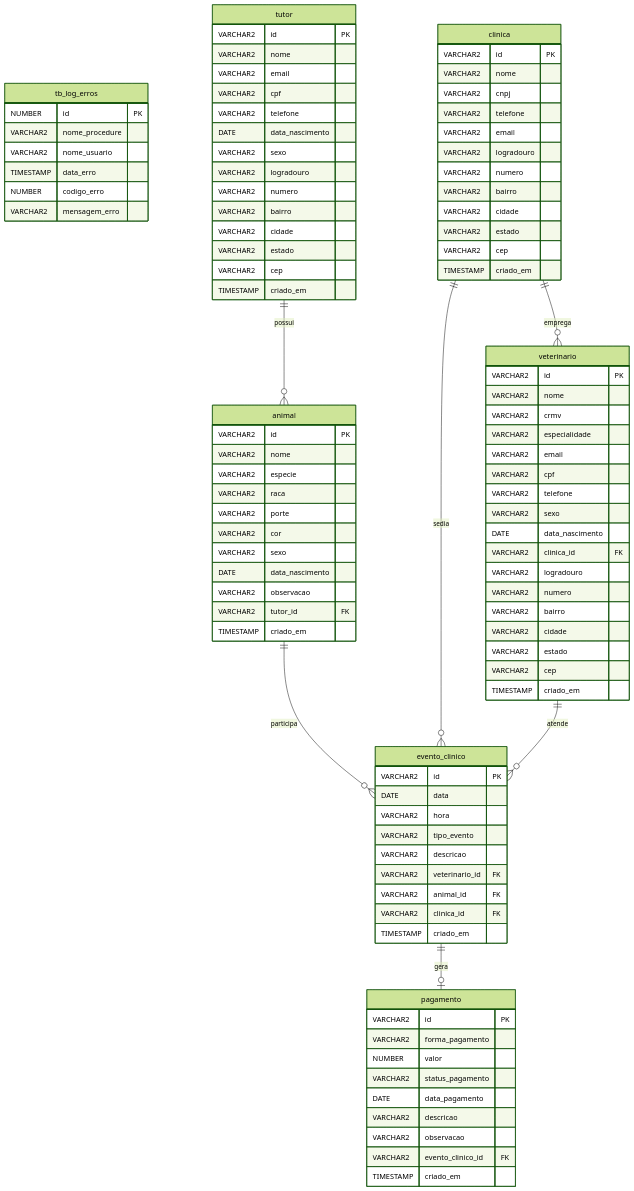
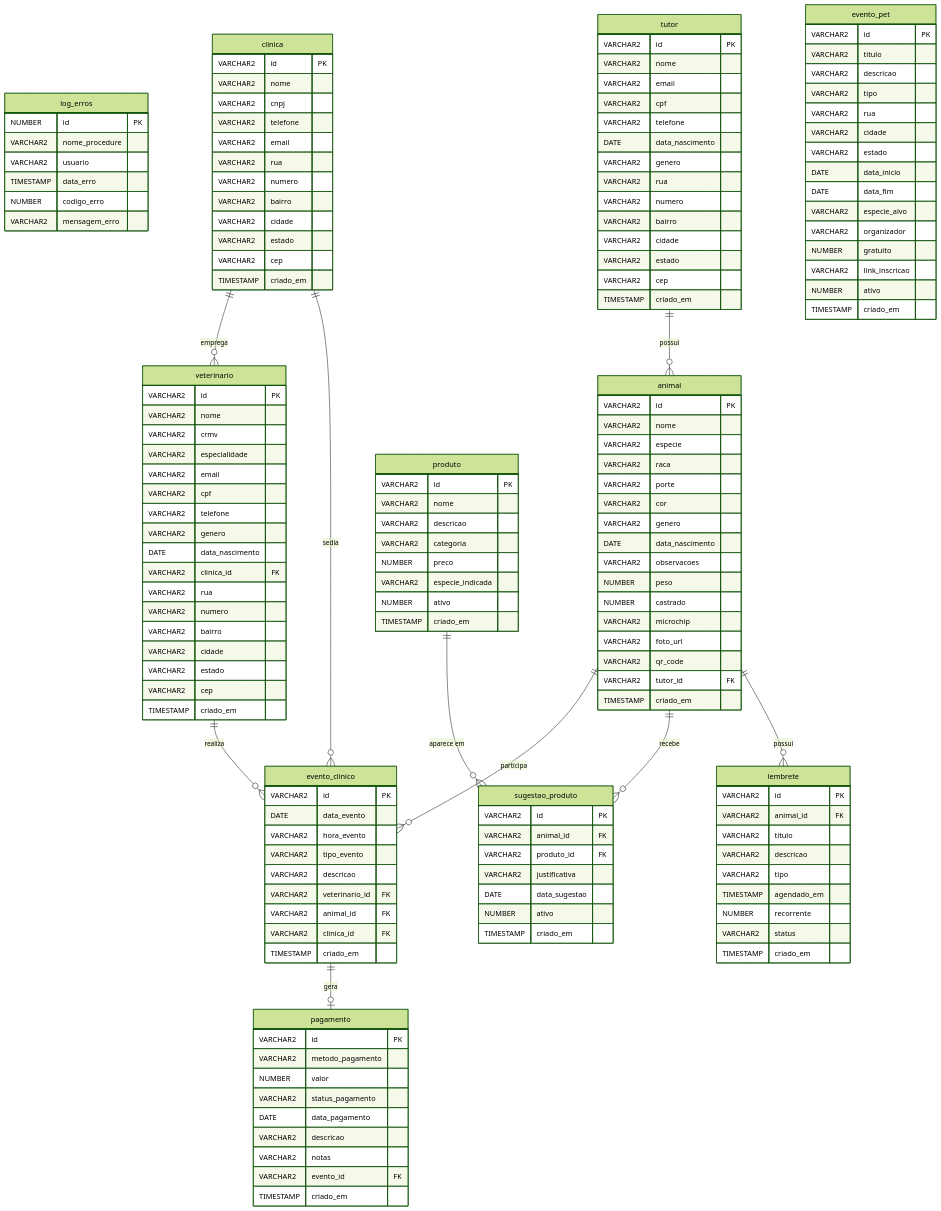
Before and after one commit to pedrinzz10/clyvovet_db: the diagram in MER_DIAGRAMA.mmd, drawn with Mermaid (forest theme). The commit also changed 9 other files, not shown here.

```diff
--- a/MER_DIAGRAMA.mmd
+++ b/MER_DIAGRAMA.mmd
@@ -1,107 +1,166 @@
 erDiagram
 
-    tb_log_erros {
+    log_erros {
         NUMBER id PK
         VARCHAR2 nome_procedure
-        VARCHAR2 nome_usuario
+        VARCHAR2 usuario
         TIMESTAMP data_erro
         NUMBER codigo_erro
         VARCHAR2 mensagem_erro
     }
 
     tutor {
         VARCHAR2 id PK
         VARCHAR2 nome
         VARCHAR2 email
         VARCHAR2 cpf
         VARCHAR2 telefone
         DATE data_nascimento
-        VARCHAR2 sexo
-        VARCHAR2 logradouro
+        VARCHAR2 genero
+        VARCHAR2 rua
         VARCHAR2 numero
         VARCHAR2 bairro
         VARCHAR2 cidade
         VARCHAR2 estado
         VARCHAR2 cep
         TIMESTAMP criado_em
     }
 
     animal {
         VARCHAR2 id PK
         VARCHAR2 nome
         VARCHAR2 especie
         VARCHAR2 raca
         VARCHAR2 porte
         VARCHAR2 cor
-        VARCHAR2 sexo
+        VARCHAR2 genero
         DATE data_nascimento
-        VARCHAR2 observacao
+        VARCHAR2 observacoes
+        NUMBER peso
+        NUMBER castrado
+        VARCHAR2 microchip
+        VARCHAR2 foto_url
+        VARCHAR2 qr_code
         VARCHAR2 tutor_id FK
         TIMESTAMP criado_em
     }
 
     clinica {
         VARCHAR2 id PK
         VARCHAR2 nome
         VARCHAR2 cnpj
         VARCHAR2 telefone
         VARCHAR2 email
-        VARCHAR2 logradouro
+        VARCHAR2 rua
         VARCHAR2 numero
         VARCHAR2 bairro
         VARCHAR2 cidade
         VARCHAR2 estado
         VARCHAR2 cep
         TIMESTAMP criado_em
     }
 
     veterinario {
         VARCHAR2 id PK
         VARCHAR2 nome
         VARCHAR2 crmv
         VARCHAR2 especialidade
         VARCHAR2 email
         VARCHAR2 cpf
         VARCHAR2 telefone
-        VARCHAR2 sexo
+        VARCHAR2 genero
         DATE data_nascimento
         VARCHAR2 clinica_id FK
-        VARCHAR2 logradouro
+        VARCHAR2 rua
         VARCHAR2 numero
         VARCHAR2 bairro
         VARCHAR2 cidade
         VARCHAR2 estado
         VARCHAR2 cep
         TIMESTAMP criado_em
     }
 
     evento_clinico {
         VARCHAR2 id PK
-        DATE data
-        VARCHAR2 hora
+        DATE data_evento
+        VARCHAR2 hora_evento
         VARCHAR2 tipo_evento
         VARCHAR2 descricao
         VARCHAR2 veterinario_id FK
         VARCHAR2 animal_id FK
         VARCHAR2 clinica_id FK
         TIMESTAMP criado_em
     }
 
     pagamento {
         VARCHAR2 id PK
-        VARCHAR2 forma_pagamento
+        VARCHAR2 metodo_pagamento
         NUMBER valor
         VARCHAR2 status_pagamento
         DATE data_pagamento
         VARCHAR2 descricao
-        VARCHAR2 observacao
-        VARCHAR2 evento_clinico_id FK
+        VARCHAR2 notas
+        VARCHAR2 evento_id FK
         TIMESTAMP criado_em
     }
 
-    tutor         ||--o{ animal          : "possui"
-    animal        ||--o{ evento_clinico  : "participa"
-    clinica       ||--o{ veterinario     : "emprega"
-    clinica       ||--o{ evento_clinico  : "sedia"
-    veterinario   ||--o{ evento_clinico  : "atende"
-    evento_clinico ||--o| pagamento      : "gera"
+    produto {
+        VARCHAR2 id PK
+        VARCHAR2 nome
+        VARCHAR2 descricao
+        VARCHAR2 categoria
+        NUMBER preco
+        VARCHAR2 especie_indicada
+        NUMBER ativo
+        TIMESTAMP criado_em
+    }
+
+    sugestao_produto {
+        VARCHAR2 id PK
+        VARCHAR2 animal_id FK
+        VARCHAR2 produto_id FK
+        VARCHAR2 justificativa
+        DATE data_sugestao
+        NUMBER ativo
+        TIMESTAMP criado_em
+    }
+
+    lembrete {
+        VARCHAR2 id PK
+        VARCHAR2 animal_id FK
+        VARCHAR2 titulo
+        VARCHAR2 descricao
+        VARCHAR2 tipo
+        TIMESTAMP agendado_em
+        NUMBER recorrente
+        VARCHAR2 status
+        TIMESTAMP criado_em
+    }
+
+    evento_pet {
+        VARCHAR2 id PK
+        VARCHAR2 titulo
+        VARCHAR2 descricao
+        VARCHAR2 tipo
+        VARCHAR2 rua
+        VARCHAR2 cidade
+        VARCHAR2 estado
+        DATE data_inicio
+        DATE data_fim
+        VARCHAR2 especie_alvo
+        VARCHAR2 organizador
+        NUMBER gratuito
+        VARCHAR2 link_inscricao
+        NUMBER ativo
+        TIMESTAMP criado_em
+    }
+
+    tutor           ||--o{ animal            : "possui"
+    animal          ||--o{ evento_clinico    : "participa"
+    clinica         ||--o{ veterinario       : "emprega"
+    clinica         ||--o{ evento_clinico    : "sedia"
+    veterinario     ||--o{ evento_clinico    : "realiza"
+    evento_clinico  ||--o| pagamento         : "gera"
+    animal          ||--o{ sugestao_produto  : "recebe"
+    produto         ||--o{ sugestao_produto  : "aparece em"
+    animal          ||--o{ lembrete          : "possui"
```
